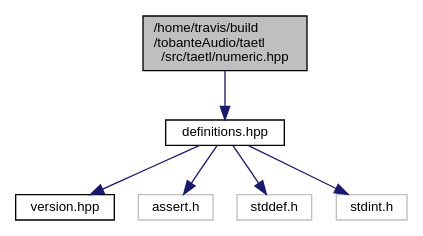
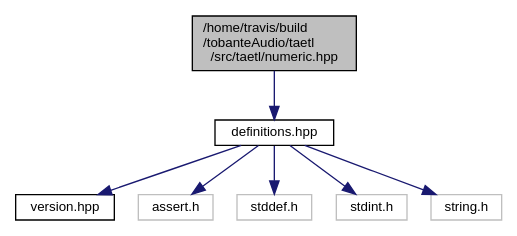
One commit to tobanteAudio/taetl changed the diagram in numeric_8hpp__incl.dot. Above: the diagram before and after it, drawn with Graphviz. The commit also changed 46 other files, not shown here.

```diff
--- a/numeric_8hpp__incl.dot
+++ b/numeric_8hpp__incl.dot
@@ -1,16 +1,18 @@
 digraph "/home/travis/build/tobanteAudio/taetl/src/taetl/numeric.hpp"
 {
   edge [fontname="Helvetica",fontsize="10",labelfontname="Helvetica",labelfontsize="10"];
   node [fontname="Helvetica",fontsize="10",shape=record];
   Node0 [label="/home/travis/build\l/tobanteAudio/taetl\l/src/taetl/numeric.hpp",height=0.2,width=0.4,color="black", fillcolor="grey75", style="filled", fontcolor="black"];
   Node0 -> Node1 [color="midnightblue",fontsize="10",style="solid",fontname="Helvetica"];
   Node1 [label="definitions.hpp",height=0.2,width=0.4,color="black", fillcolor="white", style="filled",URL="$definitions_8hpp.html"];
   Node1 -> Node2 [color="midnightblue",fontsize="10",style="solid",fontname="Helvetica"];
   Node2 [label="version.hpp",height=0.2,width=0.4,color="black", fillcolor="white", style="filled",URL="$version_8hpp.html"];
   Node1 -> Node3 [color="midnightblue",fontsize="10",style="solid",fontname="Helvetica"];
   Node3 [label="assert.h",height=0.2,width=0.4,color="grey75", fillcolor="white", style="filled"];
   Node1 -> Node4 [color="midnightblue",fontsize="10",style="solid",fontname="Helvetica"];
   Node4 [label="stddef.h",height=0.2,width=0.4,color="grey75", fillcolor="white", style="filled"];
   Node1 -> Node5 [color="midnightblue",fontsize="10",style="solid",fontname="Helvetica"];
   Node5 [label="stdint.h",height=0.2,width=0.4,color="grey75", fillcolor="white", style="filled"];
+  Node1 -> Node6 [color="midnightblue",fontsize="10",style="solid",fontname="Helvetica"];
+  Node6 [label="string.h",height=0.2,width=0.4,color="grey75", fillcolor="white", style="filled"];
 }
```
